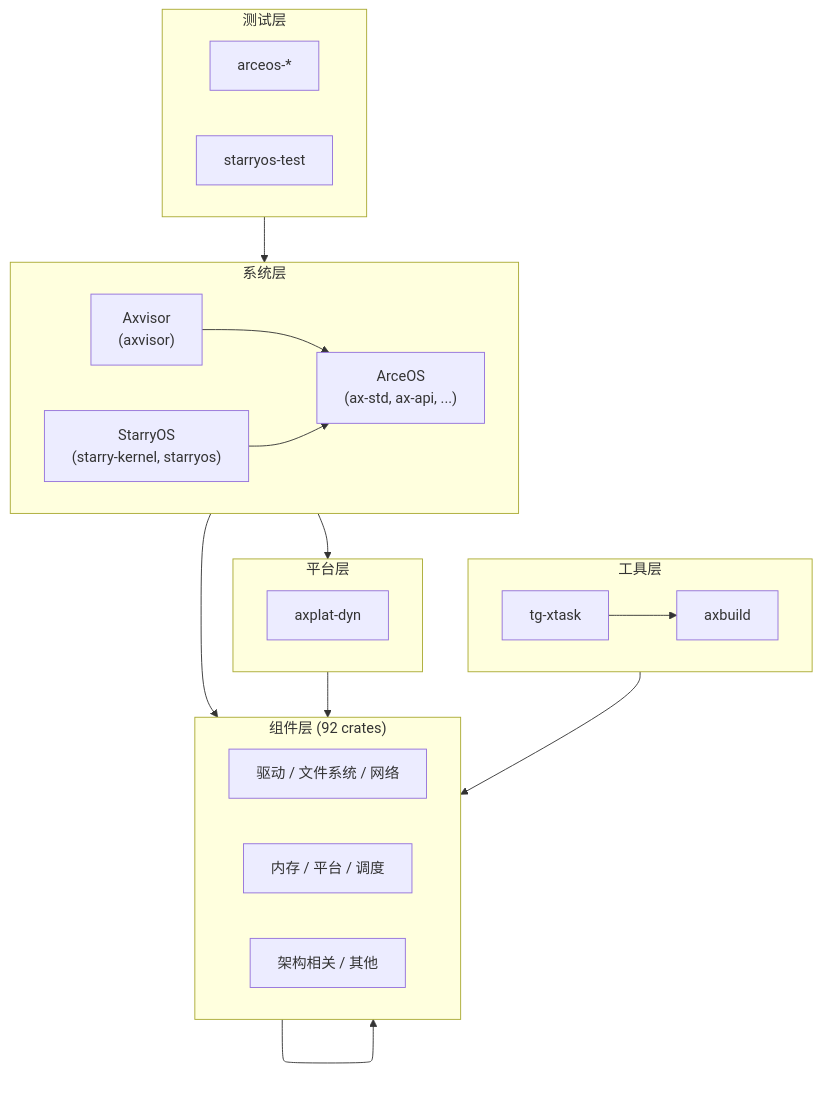
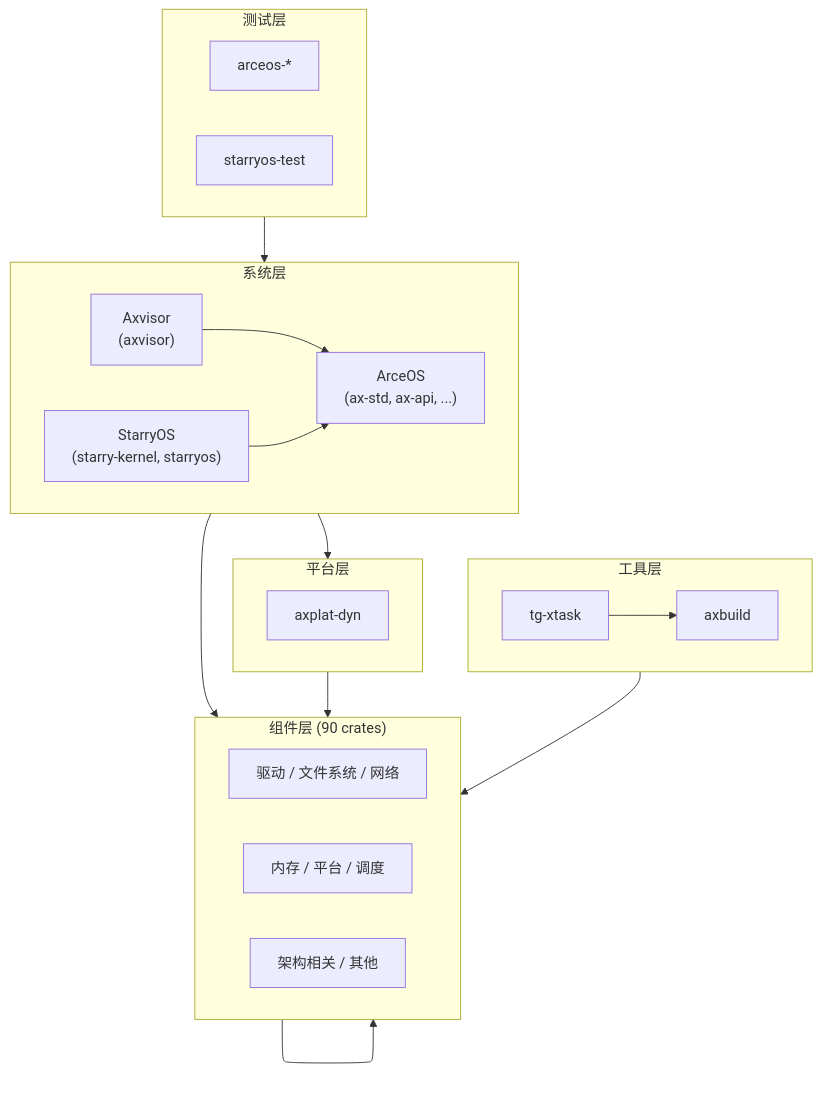
Before and after one commit to Dirinkbottle/tgoskits: the diagram in docs/docs/components/overview.md, drawn with Mermaid. The commit also changed other lines of this file and 57 other files, not shown here.

````diff
--- a/docs/docs/components/overview.md
+++ b/docs/docs/components/overview.md
@@ -26,38 +26,38 @@
 ```mermaid
 flowchart TB
     subgraph sg_test["测试层"]
         direction LR
         t1["arceos-*"]
         t2["starryos-test"]
     end
     subgraph sg_os["系统层"]
         direction LR
         s1["ArceOS\n(ax-std, ax-api, ...)"]
         s2["StarryOS\n(starry-kernel, starryos)"]
         s3["Axvisor\n(axvisor)"]
     end
     subgraph sg_tool["工具层"]
         direction LR
         tl1["axbuild"]
         tl2["tg-xtask"]
     end
     subgraph sg_plat["平台层"]
         p1["axplat-dyn"]
     end
-    subgraph sg_comp["组件层 (92 crates)"]
+    subgraph sg_comp["组件层 (90 crates)"]
         direction LR
         c1["驱动 / 文件系统 / 网络"]
         c2["内存 / 平台 / 调度"]
         c3["架构相关 / 其他"]
     end
 
     sg_test --> sg_os
     s3 --> s1
     s2 --> s1
     sg_os --> sg_plat
     sg_os --> sg_comp
     sg_plat --> sg_comp
     tl2 --> tl1
     tl1 --> sg_comp
     sg_comp --> sg_comp
 ```
````
